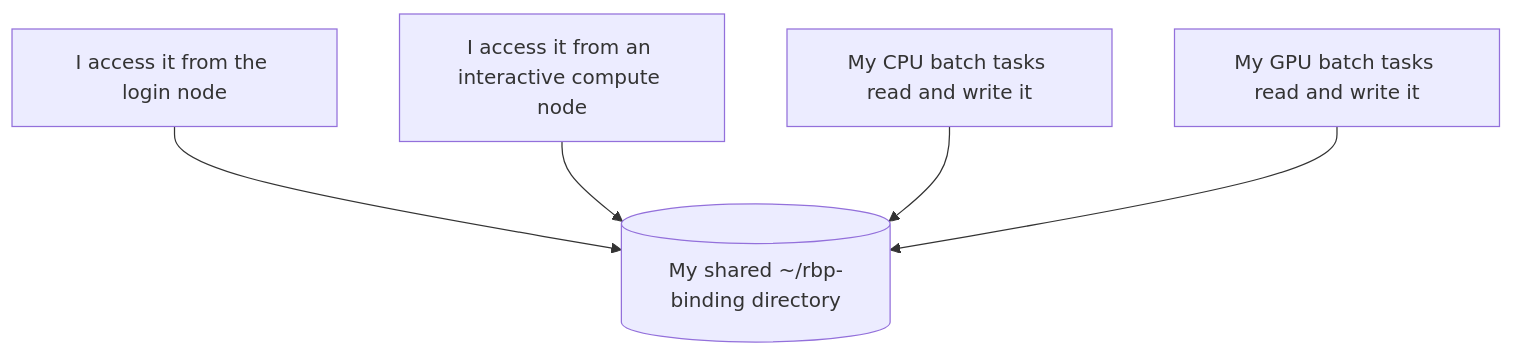
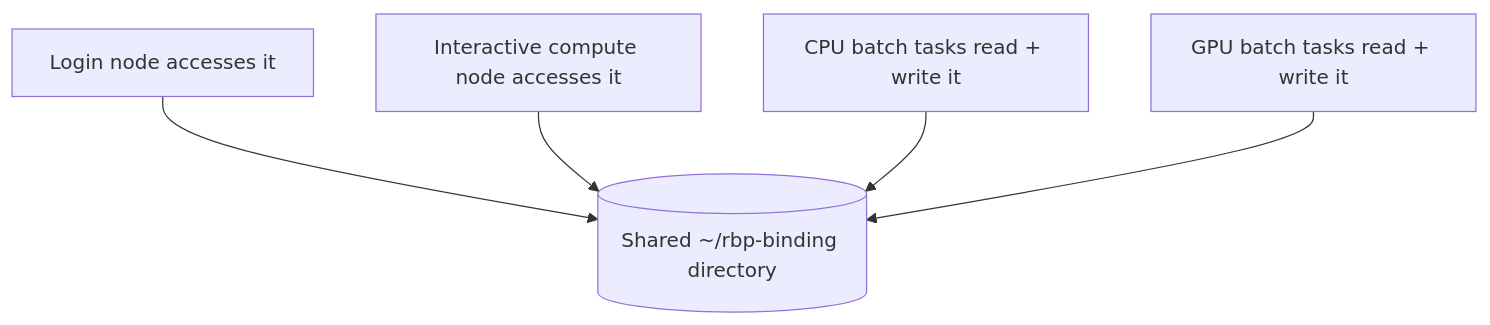
Before and after one commit to NirmalKumar31/rbp-binding: diagram 14 of 25 in README.md, drawn with Mermaid. The commit also changed other lines of this file, not shown here.

Commit message:
docs: neutralize first-person voice inside mermaid diagram labels

````diff
--- a/README.md
+++ b/README.md
@@ -579,8 +579,8 @@
 ```mermaid
 flowchart TB
-    S[("My shared ~/rbp-binding directory")]
-    L["I access it from the login node"] --> S
-    I["I access it from an interactive compute node"] --> S
-    C["My CPU batch tasks read and write it"] --> S
-    G["My GPU batch tasks read and write it"] --> S
+    S[("Shared ~/rbp-binding directory")]
+    L["Login node accesses it"] --> S
+    I["Interactive compute node accesses it"] --> S
+    C["CPU batch tasks read + write it"] --> S
+    G["GPU batch tasks read + write it"] --> S
 ```
````
